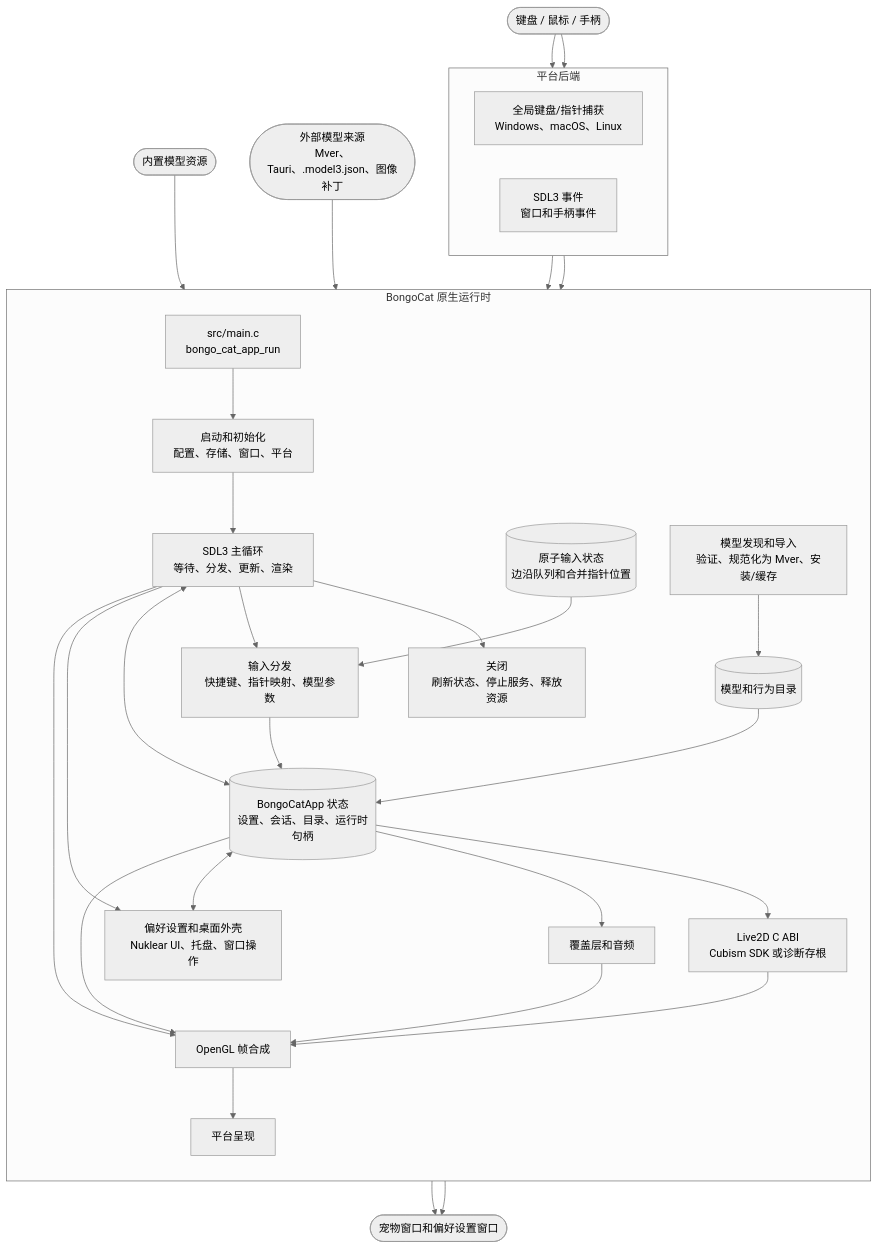
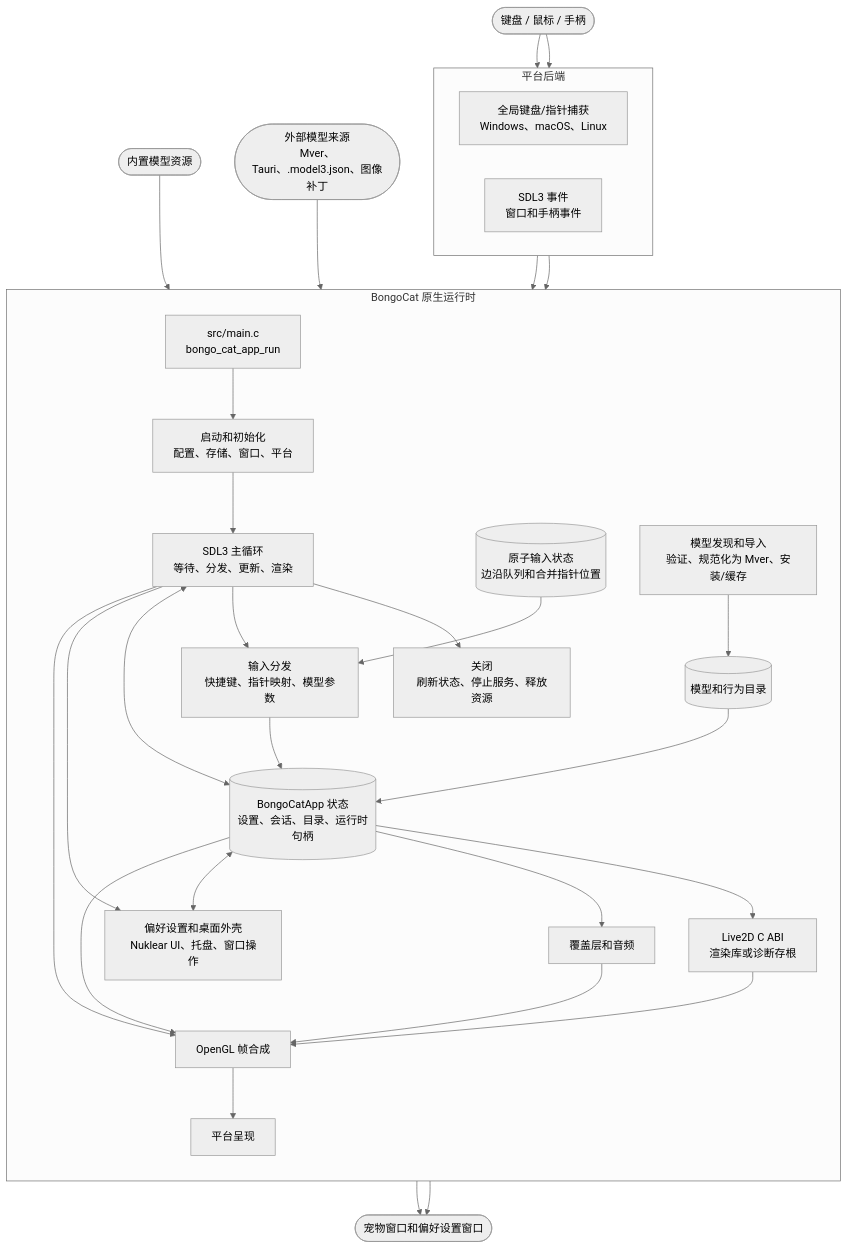
The diagram in README.md (TianMengLucky/BongoCat-X), drawn with Mermaid (neutral theme) before and after one commit. The commit also changed other lines of this file and 62 other files, not shown here.

Commit message:
feat. Live2D SDK but Plugin mode

````diff
--- a/README.md
+++ b/README.md
@@ -197,49 +197,49 @@
 ```mermaid
 flowchart TB
   Input(["键盘 / 鼠标 / 手柄"])
   BuiltIn(["内置模型资源"])
   Sources(["外部模型来源<br/>Mver、Tauri、.model3.json、图像补丁"])
   Desktop(["宠物窗口和偏好设置窗口"])
   subgraph Runtime["BongoCat 原生运行时"]
     direction TB
     Entry["src/main.c<br/>bongo_cat_app_run"]
     Startup["启动和初始化<br/>配置、存储、窗口、平台"]
     Loop["SDL3 主循环<br/>等待、分发、更新、渲染"]
     Shutdown["关闭<br/>刷新状态、停止服务、释放资源"]
     InputQueue[("原子输入状态<br/>边沿队列和合并指针位置")]
     InputDispatch["输入分发<br/>快捷键、指针映射、模型参数"]
     State[("BongoCatApp 状态<br/>设置、会话、目录、运行时句柄")]
     Import["模型发现和导入<br/>验证、规范化为 Mver、安装/缓存"]
     Catalog[("模型和行为目录")]
-    Live2D["Live2D C ABI<br/>Cubism SDK 或诊断存根"]
+    Live2D["Live2D C ABI<br/>渲染库或诊断存根"]
     Overlay["覆盖层和音频"]
     Preferences["偏好设置和桌面外壳<br/>Nuklear UI、托盘、窗口操作"]
     Compose["OpenGL 帧合成"]
     Present["平台呈现"]
     Entry --> Startup --> Loop
     Loop --> Shutdown
     Loop --> InputDispatch --> State
     Loop <--> State
     State --> Live2D
     State --> Overlay
     State <--> Preferences
     Loop --> Preferences
     Catalog --> State
     State --> Compose
     Live2D --> Compose
     Overlay --> Compose
     Compose --> Present
     Loop --> Compose
   end
   subgraph Platform["平台后端"]
     direction LR
     Global["全局键盘/指针捕获<br/>Windows、macOS、Linux"]
     SDL["SDL3 事件<br/>窗口和手柄事件"]
   end
   Input --> Global --> InputQueue --> InputDispatch
   Input --> SDL --> Loop
   BuiltIn --> Catalog
   Sources --> Import --> Catalog
   Present --> Desktop
   Preferences --> Desktop
 ```
````
